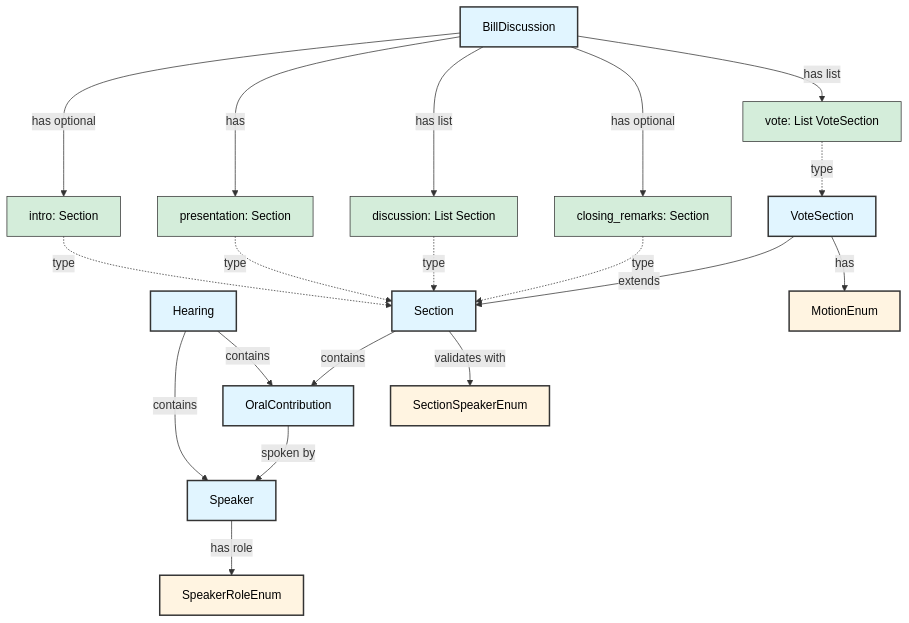
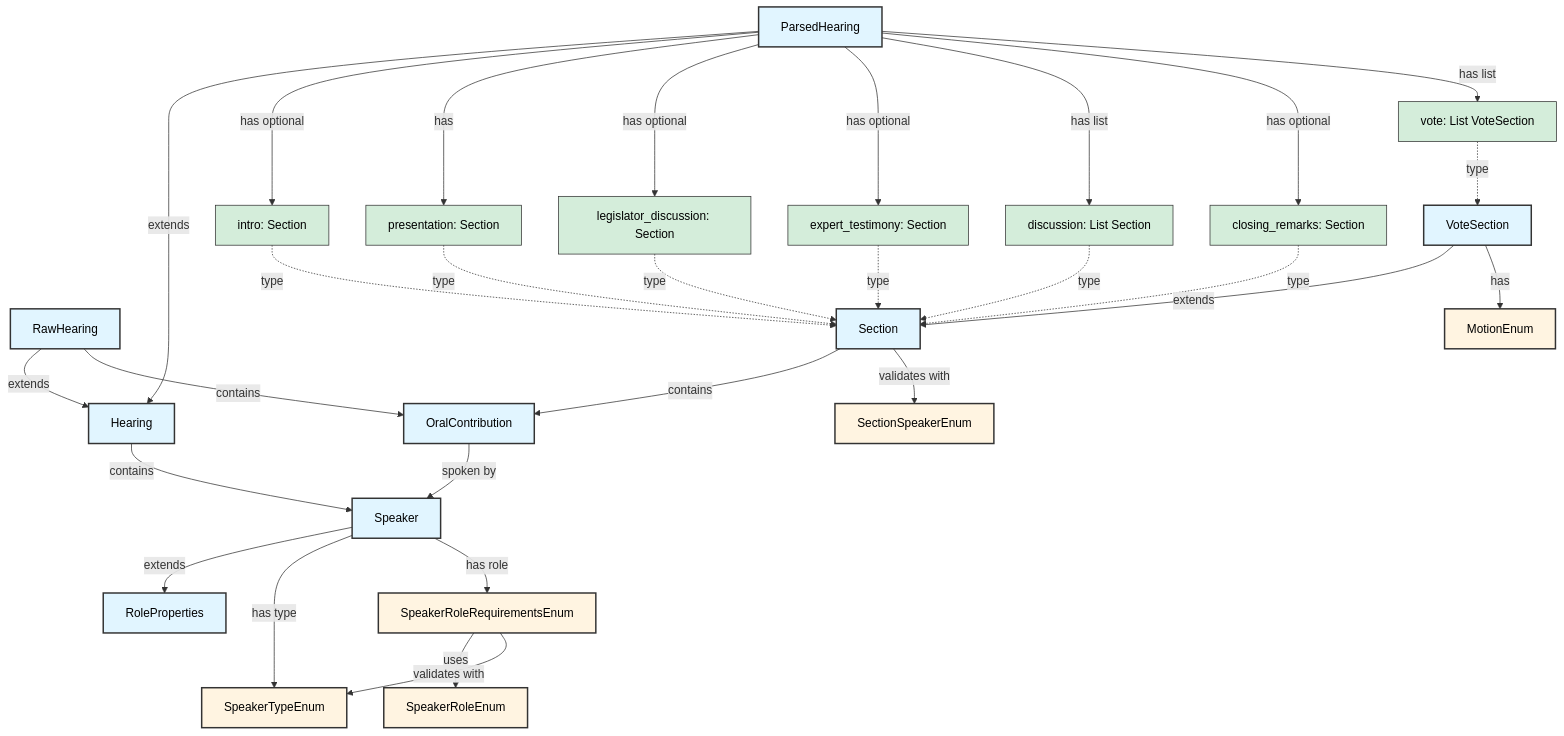
Before and after one commit to IsaacFigNewton/CommitteeHearingDiscourseParser: the second of 2 diagrams in README.md, drawn with Mermaid. The commit also changed other lines of this file and 10 other files, not shown here.

First line of the commit message:
updated docs and SpeakerRoleRequirementsEnum

````diff
--- a/README.md
+++ b/README.md
@@ -112,55 +111,75 @@
 ```mermaid
 graph TD
     %% Main entities
     Hearing[Hearing]
-    BillDiscussion[BillDiscussion]
+    RawHearing[RawHearing]
+    ParsedHearing[ParsedHearing]
     Speaker[Speaker]
     OralContribution[OralContribution]
 
     %% Sections
     Section[Section]
     VoteSection[VoteSection]
 
     %% Enums
+    SpeakerTypeEnum[SpeakerTypeEnum]
     SpeakerRoleEnum[SpeakerRoleEnum]
+    SpeakerRoleRequirementsEnum[SpeakerRoleRequirementsEnum]
     SectionSpeakerEnum[SectionSpeakerEnum]
     MotionEnum[MotionEnum]
 
+    %% Supporting classes
+    RoleProperties[RoleProperties]
+
+    %% Hearing hierarchy
+    RawHearing -->|extends| Hearing
+    ParsedHearing -->|extends| Hearing
+
     %% Hearing relationships
     Hearing -->|contains| Speaker
-    Hearing -->|contains| OralContribution
+    RawHearing -->|contains| OralContribution
 
-    %% BillDiscussion sections
-    BillDiscussion -->|has optional| intro[intro: Section]
-    BillDiscussion -->|has| presentation[presentation: Section]
-    BillDiscussion -->|has list| discussion[discussion: List Section]
-    BillDiscussion -->|has optional| closing[closing_remarks: Section]
-    BillDiscussion -->|has list| vote[vote: List VoteSection]
+    %% ParsedHearing sections
+    ParsedHearing -->|has optional| intro[intro: Section]
+    ParsedHearing -->|has| presentation[presentation: Section]
+    ParsedHearing -->|has optional| legislator_discussion[legislator_discussion: Section]
+    ParsedHearing -->|has optional| expert_testimony[expert_testimony: Section]
+    ParsedHearing -->|has list| discussion[discussion: List Section]
+    ParsedHearing -->|has optional| closing[closing_remarks: Section]
+    ParsedHearing -->|has list| vote[vote: List VoteSection]
 
     intro -.->|type| Section
     presentation -.->|type| Section
+    legislator_discussion -.->|type| Section
+    expert_testimony -.->|type| Section
     discussion -.->|type| Section
     closing -.->|type| Section
     vote -.->|type| VoteSection
 
     %% Section relationships
     Section -->|contains| OralContribution
     Section -->|validates with| SectionSpeakerEnum
     VoteSection -->|extends| Section
     VoteSection -->|has| MotionEnum
 
     %% OralContribution relationships
     OralContribution -->|spoken by| Speaker
 
     %% Speaker relationships
-    Speaker -->|has role| SpeakerRoleEnum
+    Speaker -->|extends| RoleProperties
+    Speaker -->|has type| SpeakerTypeEnum
+    Speaker -->|has role| SpeakerRoleRequirementsEnum
+
+    %% Role relationships
+    SpeakerRoleRequirementsEnum -->|uses| SpeakerRoleEnum
+    SpeakerRoleRequirementsEnum -->|validates with| SpeakerTypeEnum
 
     %% Styling
     classDef dataclass fill:#e1f5ff,stroke:#333,stroke-width:2px,color:#000
     classDef enumClass fill:#fff4e1,stroke:#333,stroke-width:2px,color:#000
     classDef sectionNode fill:#d4edda,stroke:#333,stroke-width:1px,color:#000
 
-    class Hearing,BillDiscussion,Section,VoteSection,OralContribution,Speaker dataclass
-    class SpeakerRoleEnum,SectionSpeakerEnum,MotionEnum enumClass
-    class intro,presentation,discussion,closing,vote sectionNode
+    class Hearing,RawHearing,ParsedHearing,Section,VoteSection,OralContribution,Speaker,RoleProperties dataclass
+    class SpeakerTypeEnum,SpeakerRoleEnum,SpeakerRoleRequirementsEnum,SectionSpeakerEnum,MotionEnum enumClass
+    class intro,presentation,legislator_discussion,expert_testimony,discussion,closing,vote sectionNode
 ```
````
